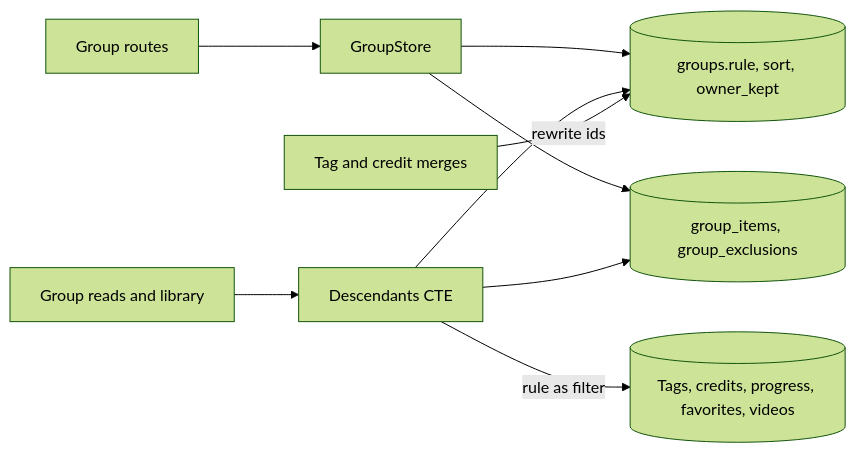
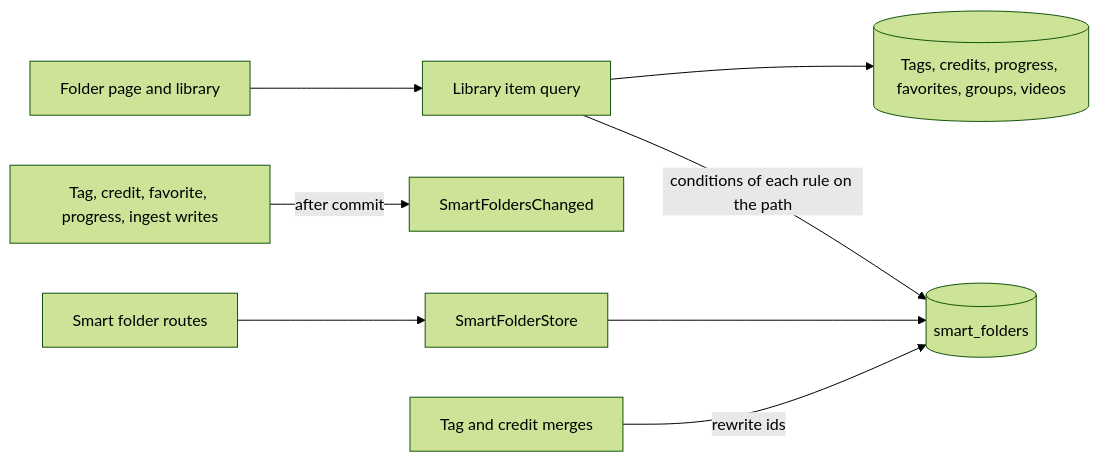
Before and after one commit to syudead/vv: the first of 2 diagrams in specs/052-smart-folders/plan.md, drawn with Mermaid (forest theme). The commit also changed other lines of this file and 3 other files, not shown here.

First line of the commit message:
plan(052): revise to condition-only smart folders with inherited nesting

````diff
--- a/specs/052-smart-folders/plan.md
+++ b/specs/052-smart-folders/plan.md
@@ -21,11 +19,10 @@
 ```mermaid
 flowchart LR
-  edit[Group routes] --> store[GroupStore]
-  store --> groups[(groups.rule, sort, owner_kept)]
-  store --> items[(group_items, group_exclusions)]
-  read[Group reads and library] --> cte[Descendants CTE]
-  cte --> groups
-  cte --> items
-  cte -->|rule as filter| facts[(Tags, credits, progress, favorites, videos)]
-  merge[Tag and credit merges] -->|rewrite ids| groups
+  edit[Smart folder routes] --> store[SmartFolderStore]
+  store --> sf[(smart_folders)]
+  read[Folder page and library] --> items[Library item query]
+  items -->|conditions of each rule on the path| sf
+  items --> facts[(Tags, credits, progress, favorites, groups, videos)]
+  writes[Tag, credit, favorite, progress, ingest writes] -->|after commit| ev[SmartFoldersChanged]
+  merge[Tag and credit merges] -->|rewrite ids| sf
 ```
````
